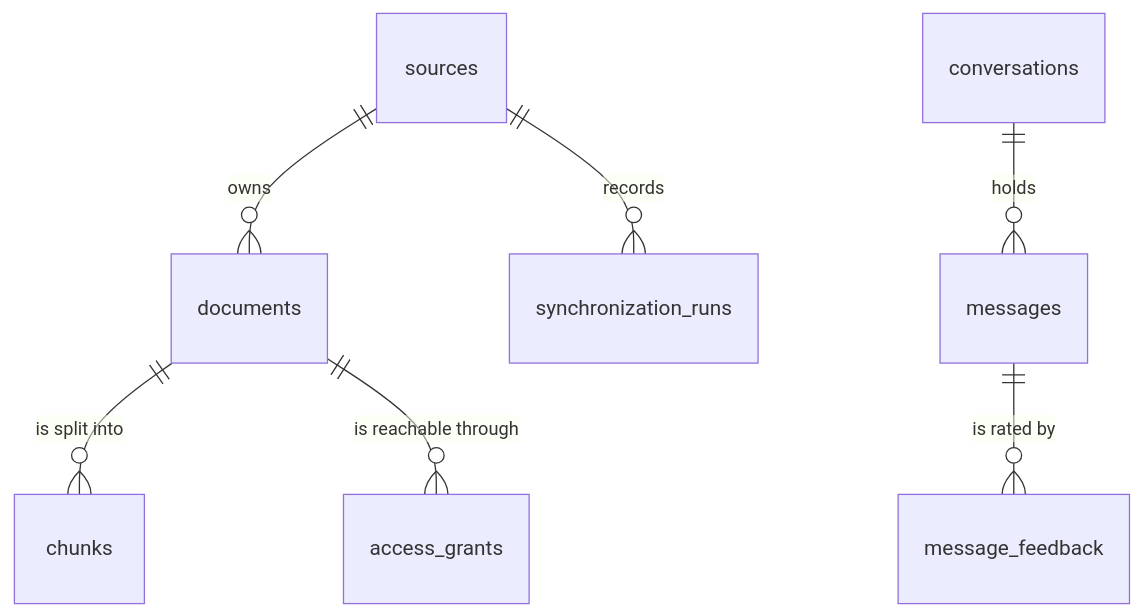
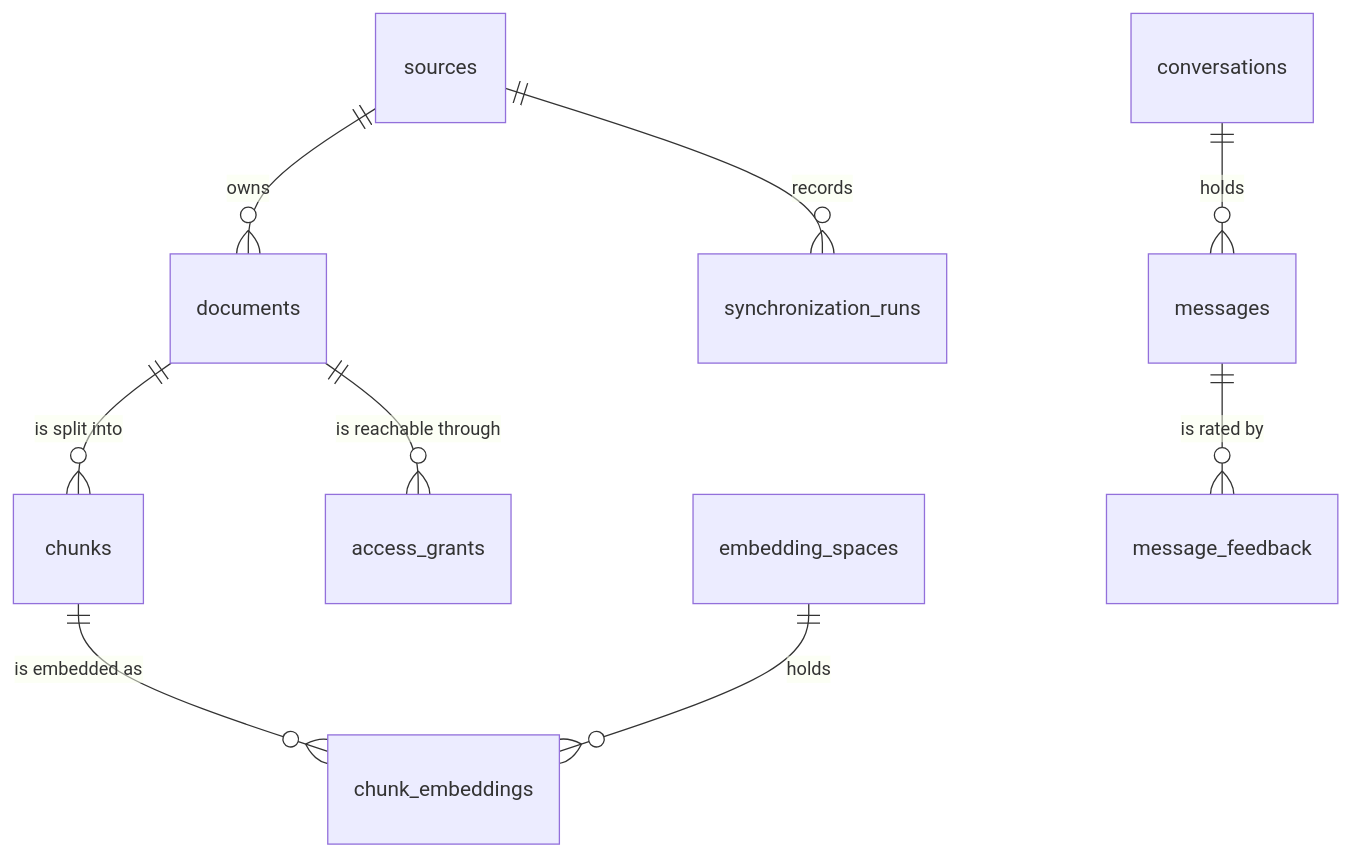
One commit to ivanverenich/knowledge-service changed the third of 6 diagrams in docs/architecture.md. Above: the diagram before and after it, drawn with Mermaid. The commit also changed other lines of this file and 15 other files, not shown here.

First line of the commit message:
feat: add pgvector support for chunk embeddings

````diff
--- a/docs/architecture.md
+++ b/docs/architecture.md
@@ -69,9 +70,11 @@
 ```mermaid
 erDiagram
     sources ||--o{ documents : "owns"
     sources ||--o{ synchronization_runs : "records"
     documents ||--o{ chunks : "is split into"
     documents ||--o{ access_grants : "is reachable through"
+    chunks ||--o{ chunk_embeddings : "is embedded as"
+    embedding_spaces ||--o{ chunk_embeddings : "holds"
     conversations ||--o{ messages : "holds"
     messages ||--o{ message_feedback : "is rated by"
 ```
````
